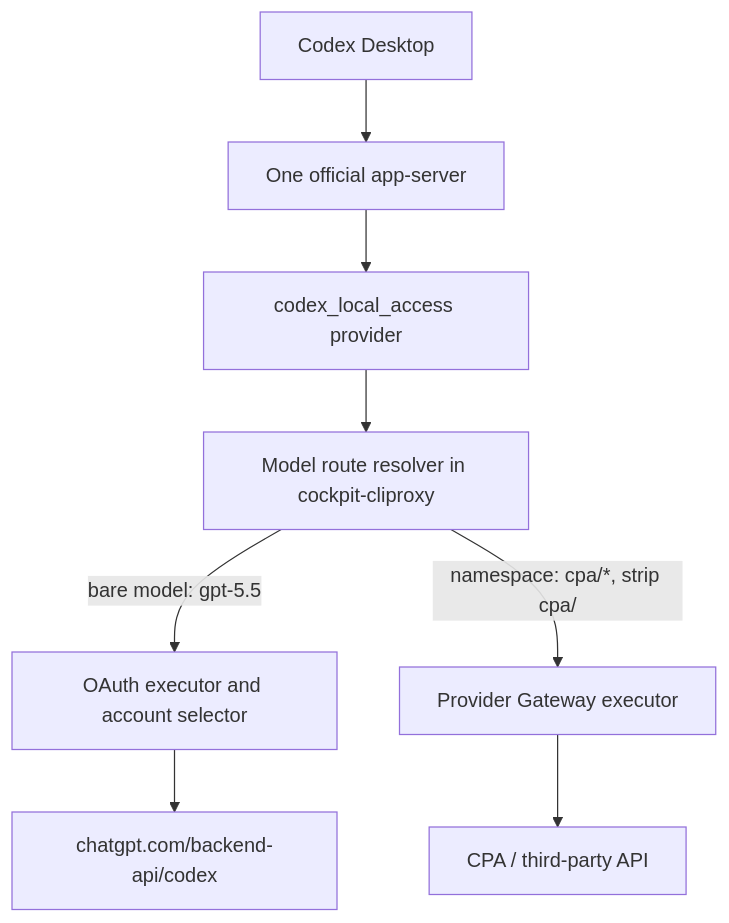
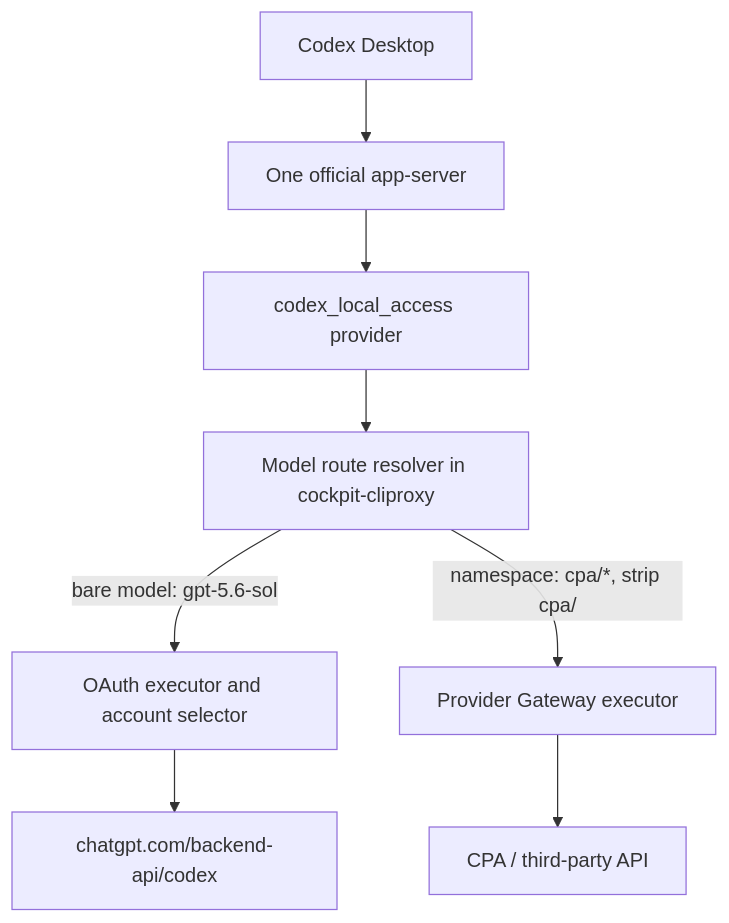
One commit to 504275414/cockpit-tools changed the second of 3 diagrams in docs/CODEX_MIXED_MODEL_ROUTING_DESIGN.md. Above: the diagram before and after it, drawn with Mermaid. The commit also changed other lines of this file and 562 other files, not shown here.

````diff
--- a/docs/CODEX_MIXED_MODEL_ROUTING_DESIGN.md
+++ b/docs/CODEX_MIXED_MODEL_ROUTING_DESIGN.md
@@ -117,19 +117,19 @@
 ```mermaid
 flowchart TD
   Desktop[Codex Desktop]
   AppServer[One official app-server]
   LocalProvider[codex_local_access provider]
   Router[Model route resolver in cockpit-cliproxy]
   OAuth[OAuth executor and account selector]
   Gateway[Provider Gateway executor]
   Subscription[chatgpt.com/backend-api/codex]
   CPA[CPA / third-party API]
 
   Desktop --> AppServer
   AppServer --> LocalProvider
   LocalProvider --> Router
-  Router -->|bare model: gpt-5.5| OAuth
+  Router -->|bare model: gpt-5.6-sol| OAuth
   OAuth --> Subscription
   Router -->|namespace: cpa/*, strip cpa/| Gateway
   Gateway --> CPA
 ```
````
